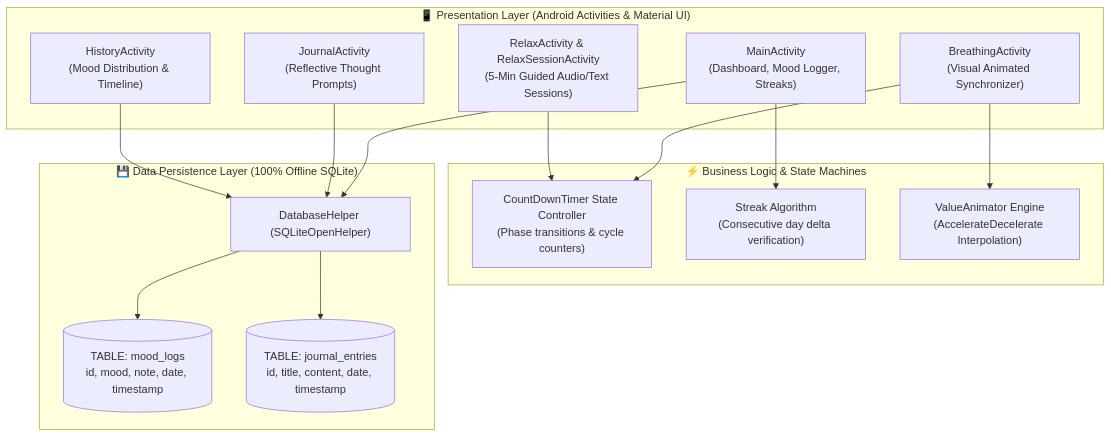
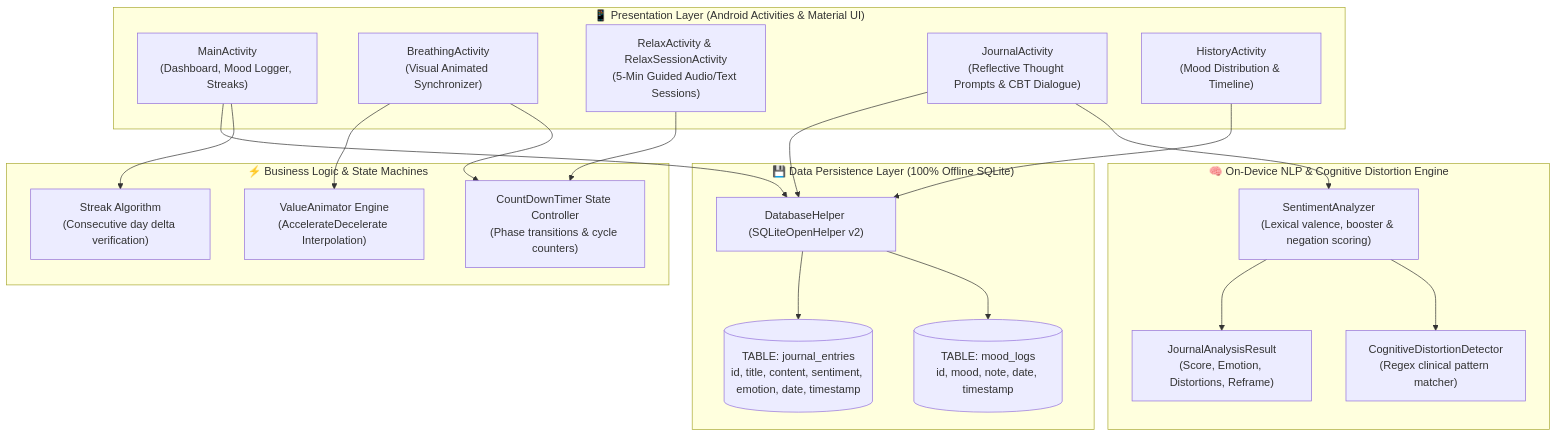
Before and after one commit to prachizala/mental-health-tracker-android: the diagram in README.md, drawn with Mermaid. The commit also changed other lines of this file and 8 other files, not shown here.

Commit message:
feat(cbt): implement on-device sentiment analyzer, cognitive distortion detector, and interactive reframe engine

````diff
--- a/README.md
+++ b/README.md
@@ -39,32 +41,41 @@
 ```mermaid
 flowchart TD
     subgraph UI ["📱 Presentation Layer (Android Activities & Material UI)"]
         MA["MainActivity<br/>(Dashboard, Mood Logger, Streaks)"]
         BA["BreathingActivity<br/>(Visual Animated Synchronizer)"]
         RA["RelaxActivity & RelaxSessionActivity<br/>(5-Min Guided Audio/Text Sessions)"]
-        JA["JournalActivity<br/>(Reflective Thought Prompts)"]
+        JA["JournalActivity<br/>(Reflective Thought Prompts & CBT Dialogue)"]
         HA["HistoryActivity<br/>(Mood Distribution & Timeline)"]
+    end
+
+    subgraph CBT ["🧠 On-Device NLP & Cognitive Distortion Engine"]
+        SA["SentimentAnalyzer<br/>(Lexical valence, booster & negation scoring)"]
+        CDD["CognitiveDistortionDetector<br/>(Regex clinical pattern matcher)"]
+        JAR["JournalAnalysisResult<br/>(Score, Emotion, Distortions, Reframe)"]
     end
 
     subgraph Domain ["⚡ Business Logic & State Machines"]
         CT["CountDownTimer State Controller<br/>(Phase transitions & cycle counters)"]
-        SA["Streak Algorithm<br/>(Consecutive day delta verification)"]
+        SK["Streak Algorithm<br/>(Consecutive day delta verification)"]
         VI["ValueAnimator Engine<br/>(AccelerateDecelerate Interpolation)"]
     end
 
     subgraph Data ["💾 Data Persistence Layer (100% Offline SQLite)"]
-        DH["DatabaseHelper (SQLiteOpenHelper)"]
+        DH["DatabaseHelper (SQLiteOpenHelper v2)"]
         TM[("TABLE: mood_logs<br/>id, mood, note, date, timestamp")]
-        TJ[("TABLE: journal_entries<br/>id, title, content, date, timestamp")]
+        TJ[("TABLE: journal_entries<br/>id, title, content, sentiment, emotion, date, timestamp")]
     end
 
-    MA --> SA
+    MA --> SK
     MA --> DH
     BA --> CT
     BA --> VI
     RA --> CT
+    JA --> SA
+    SA --> CDD
+    SA --> JAR
     JA --> DH
     HA --> DH
     DH --> TM
     DH --> TJ
 ```
````
